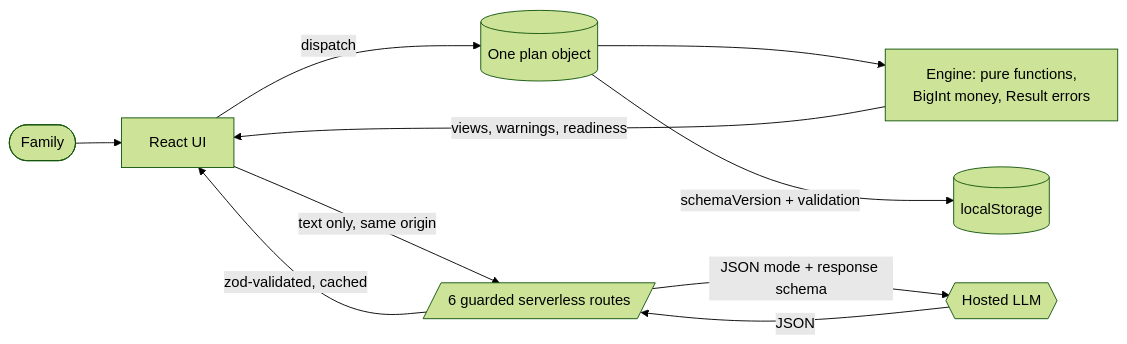
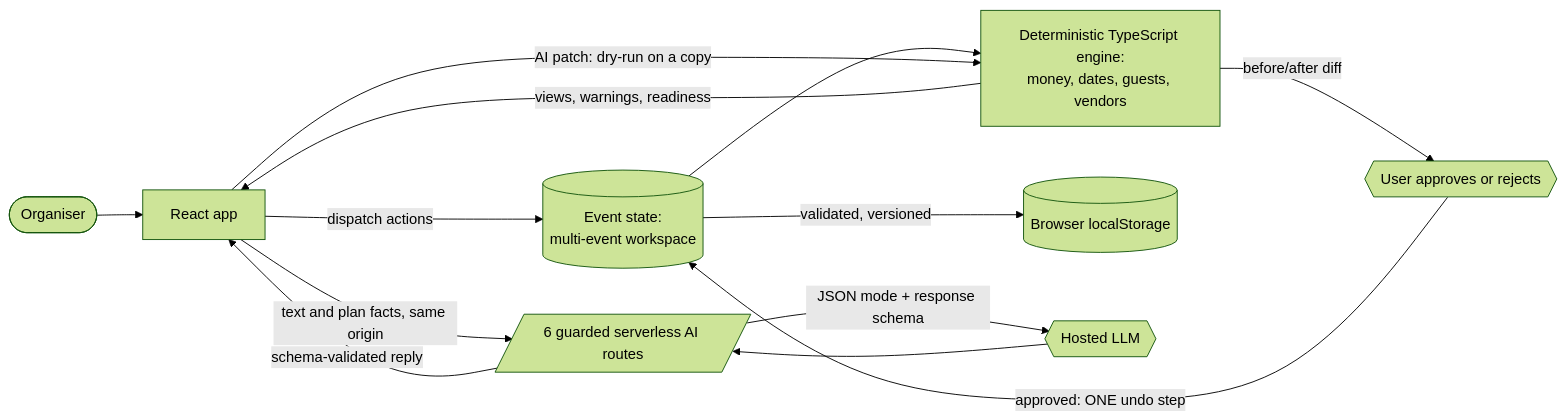
One commit to RohitDeore96/Eventplanner changed the second of 2 diagrams in README.md. Above: the diagram before and after it, drawn with Mermaid (forest theme). The commit also changed other lines of this file and 10 other files, not shown here.

````diff
--- a/README.md
+++ b/README.md
@@ -253,12 +163,15 @@
 ```mermaid
 flowchart LR
-  U([Family]) --> UI[React UI]
-  UI -->|dispatch| S[(One plan object)]
-  S --> E[Engine: pure functions,<br/>BigInt money, Result errors]
-  E -->|views, warnings, readiness| UI
-  UI -->|text only, same origin| API[/6 guarded serverless routes/]
-  API -->|JSON mode + response schema| M{{Hosted LLM}}
-  M -->|JSON| API
-  API -->|zod-validated, cached| UI
-  S -->|schemaVersion + validation| LS[(localStorage)]
+  U([Organiser]) --> UI["React app"]
+  UI -->|"dispatch actions"| S[("Event state:<br/>multi-event workspace")]
+  S --> E["Deterministic TypeScript engine:<br/>money, dates, guests, vendors"]
+  E -->|"views, warnings, readiness"| UI
+  S -->|"validated, versioned"| LS[("Browser localStorage")]
+  UI -->|"text and plan facts, same origin"| API[/"6 guarded serverless AI routes"/]
+  API -->|"JSON mode + response schema"| M{{"Hosted LLM"}}
+  M --> API
+  API -->|"schema-validated reply"| UI
+  UI -->|"AI patch: dry-run on a copy"| E
+  E -->|"before/after diff"| A{{"User approves or rejects"}}
+  A -->|"approved: ONE undo step"| S
 ```
````
